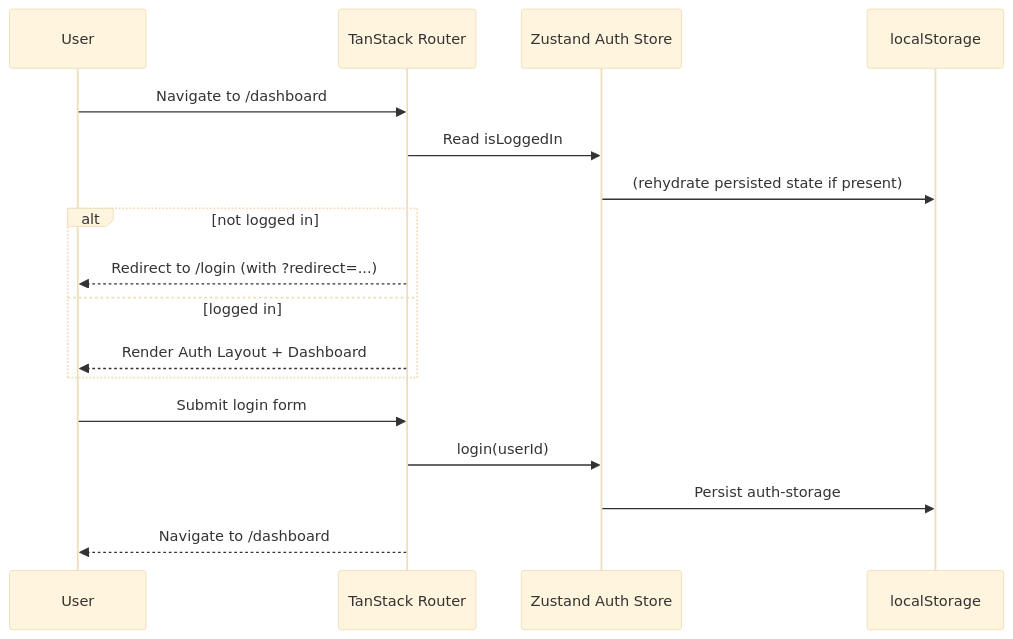
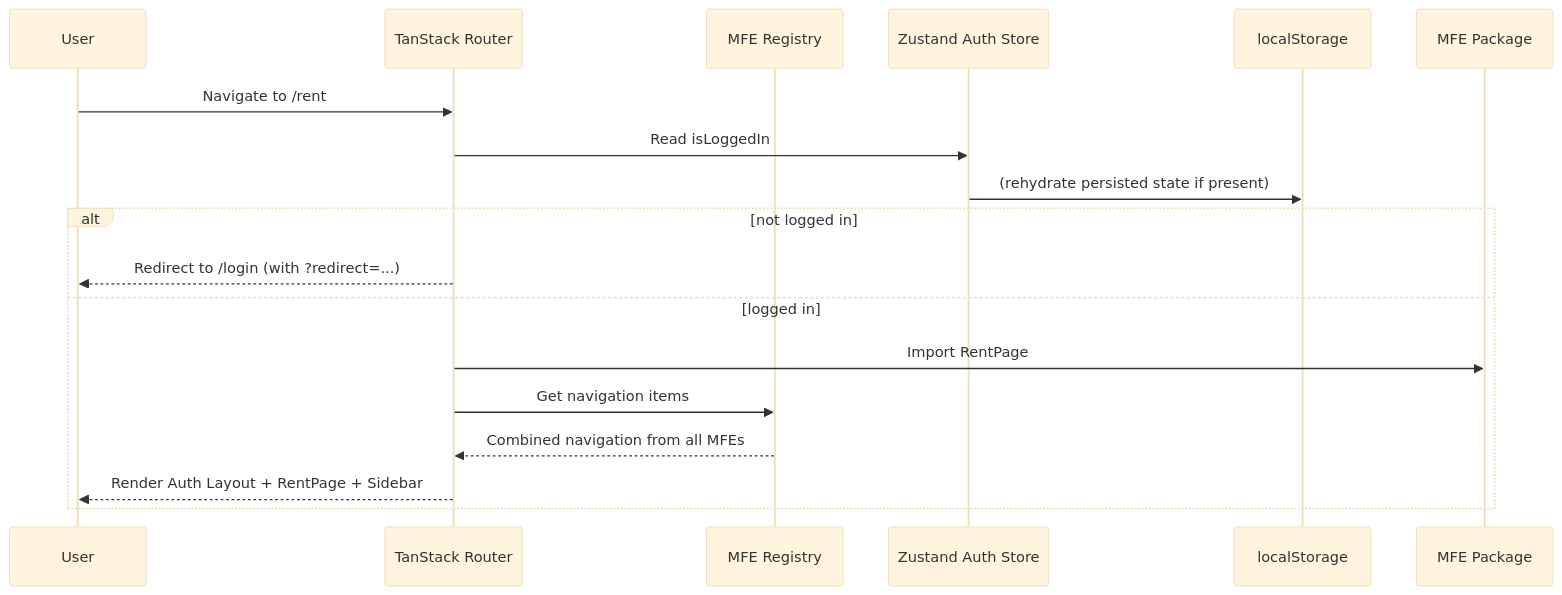
One commit to piyushimraw/dash-dashboard changed diagram 19 of 20 in ARCHITECTURE.md. Above: the diagram before and after it, drawn with Mermaid (base theme). The commit also changed other lines of this file and 169 other files, not shown here.

````diff
--- a/ARCHITECTURE.md
+++ b/ARCHITECTURE.md
@@ -258,21 +1176,22 @@
 ```mermaid
 sequenceDiagram
-  participant U as User
-  participant R as TanStack Router
-  participant S as Zustand Auth Store
-  participant LS as localStorage
+    participant U as User
+    participant R as TanStack Router
+    participant MR as MFE Registry
+    participant S as Zustand Auth Store
+    participant LS as localStorage
+    participant MFE as MFE Package
 
-  U->>R: Navigate to /dashboard
-  R->>S: Read isLoggedIn
-  S->>LS: (rehydrate persisted state if present)
-  alt not logged in
-    R-->>U: Redirect to /login (with ?redirect=...)
-  else logged in
-    R-->>U: Render Auth Layout + Dashboard
-  end
+    U->>R: Navigate to /rent
+    R->>S: Read isLoggedIn
+    S->>LS: (rehydrate persisted state if present)
 
-  U->>R: Submit login form
-  R->>S: login(userId)
-  S->>LS: Persist auth-storage
-  R-->>U: Navigate to /dashboard
+    alt not logged in
+        R-->>U: Redirect to /login (with ?redirect=...)
+    else logged in
+        R->>MFE: Import RentPage
+        R->>MR: Get navigation items
+        MR-->>R: Combined navigation from all MFEs
+        R-->>U: Render Auth Layout + RentPage + Sidebar
+    end
 ```
````
